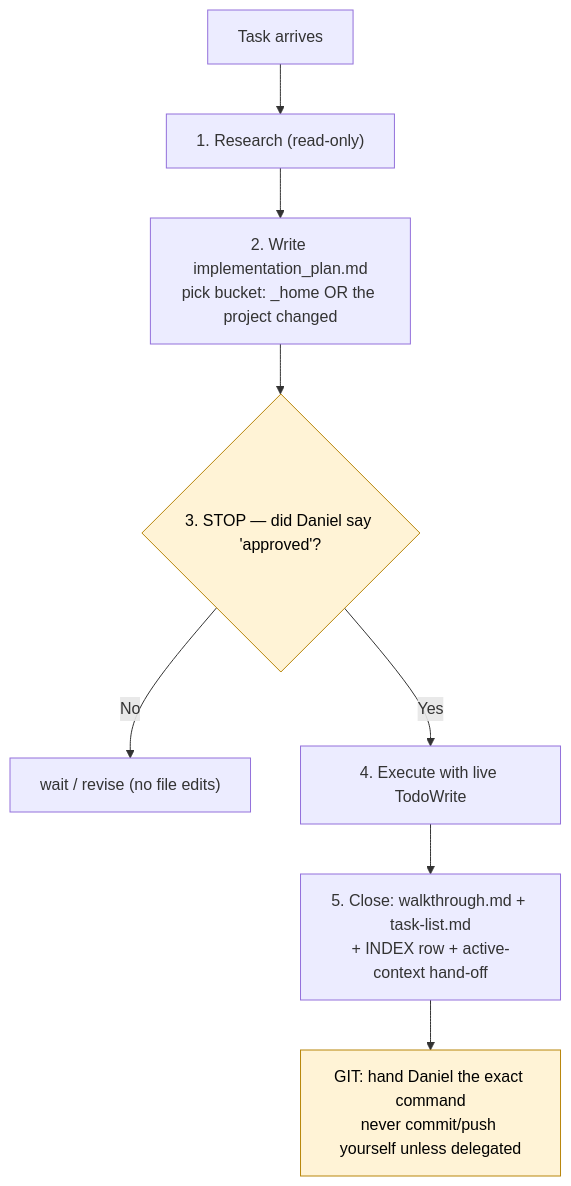
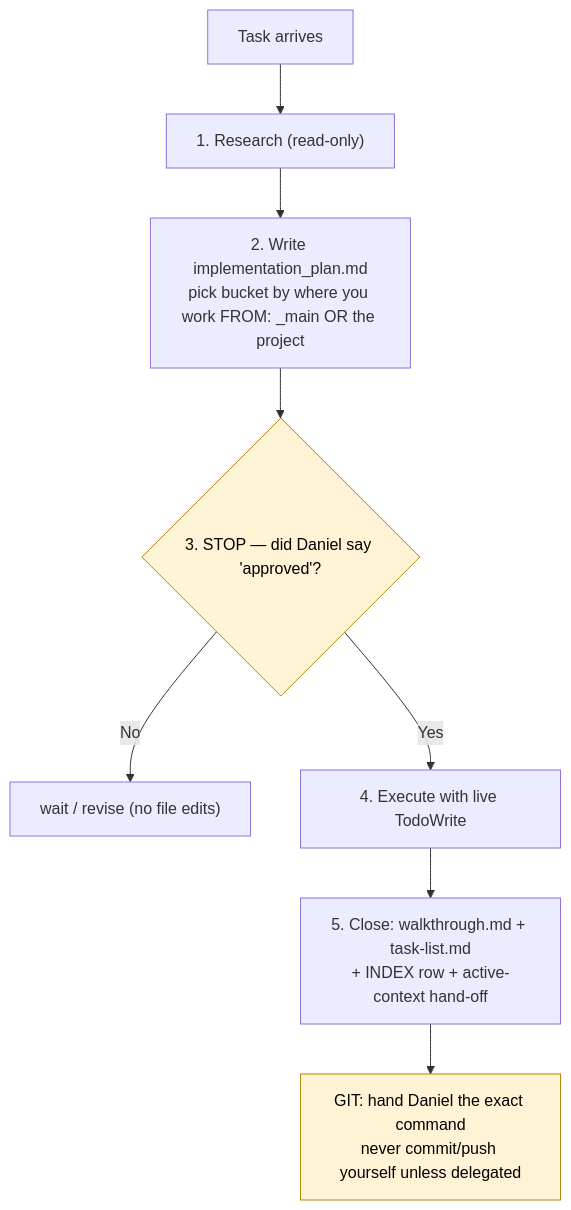
One commit to sudomadhatter/Sudo_Hatter_Command changed the fourth of 5 diagrams in _my_resources/diagrams_guides/system/updated_folder_file_structure_diagram.md. Above: the diagram before and after it, drawn with Mermaid. The commit also changed other lines of this file and 19 other files, not shown here.

Commit message:
refactor: rename _home directory to _main and update all artifact paths and workspace standards accordingly

````diff
--- a/_my_resources/diagrams_guides/system/updated_folder_file_structure_diagram.md
+++ b/_my_resources/diagrams_guides/system/updated_folder_file_structure_diagram.md
@@ -97,13 +97,13 @@
 ```mermaid
 flowchart TD
     REQ["Task arrives"] --> RES["1. Research (read-only)"]
-    RES --> PW["2. Write implementation_plan.md\npick bucket: _home OR the project changed"]
+    RES --> PW["2. Write implementation_plan.md\npick bucket by where you work FROM: _main OR the project"]
     PW --> GATE{"3. STOP — did Daniel say 'approved'?"}
     GATE -- "No" --> WAIT["wait / revise (no file edits)"]
     GATE -- "Yes" --> EX["4. Execute with live TodoWrite"]
     EX --> CL["5. Close: walkthrough.md + task-list.md\n+ INDEX row + active-context hand-off"]
     CL --> GIT["GIT: hand Daniel the exact command\nnever commit/push yourself unless delegated"]
 
     classDef gate fill:#fff3d6,stroke:#b8860b,color:#000
     class GATE,GIT gate
 ```
````
